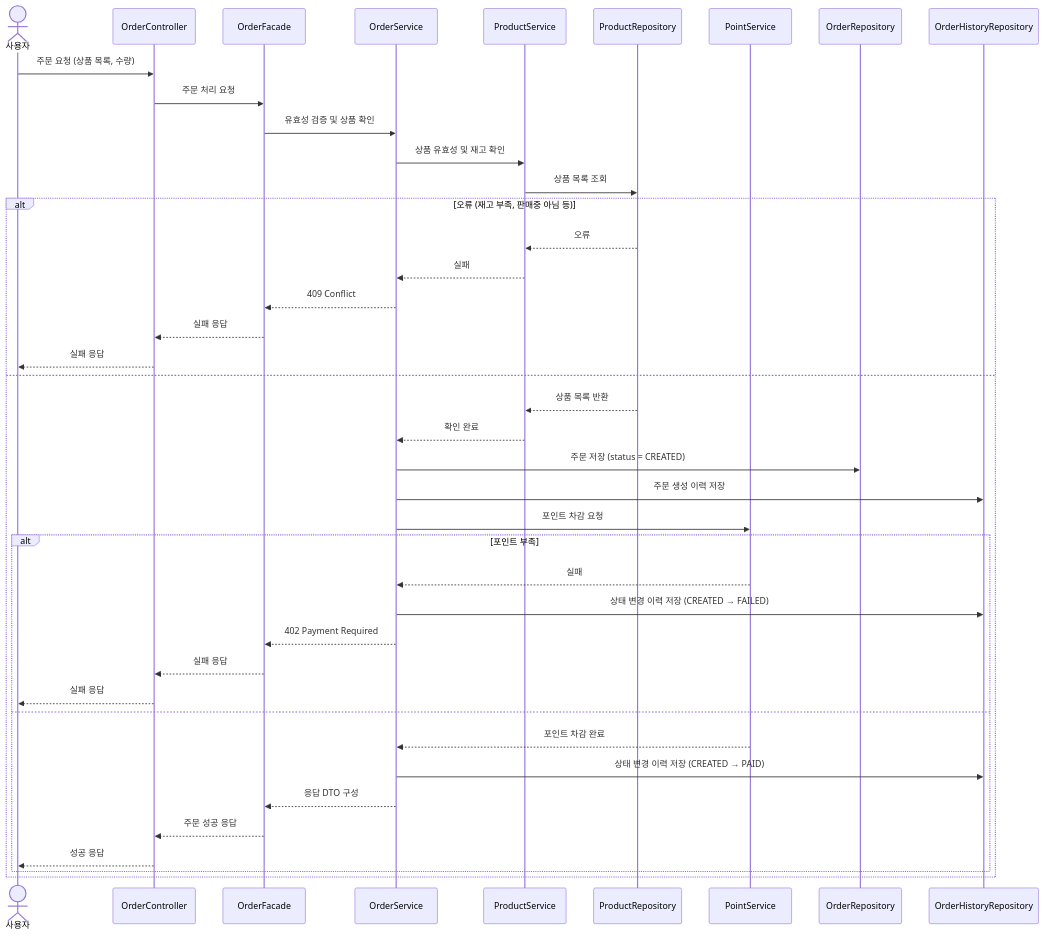
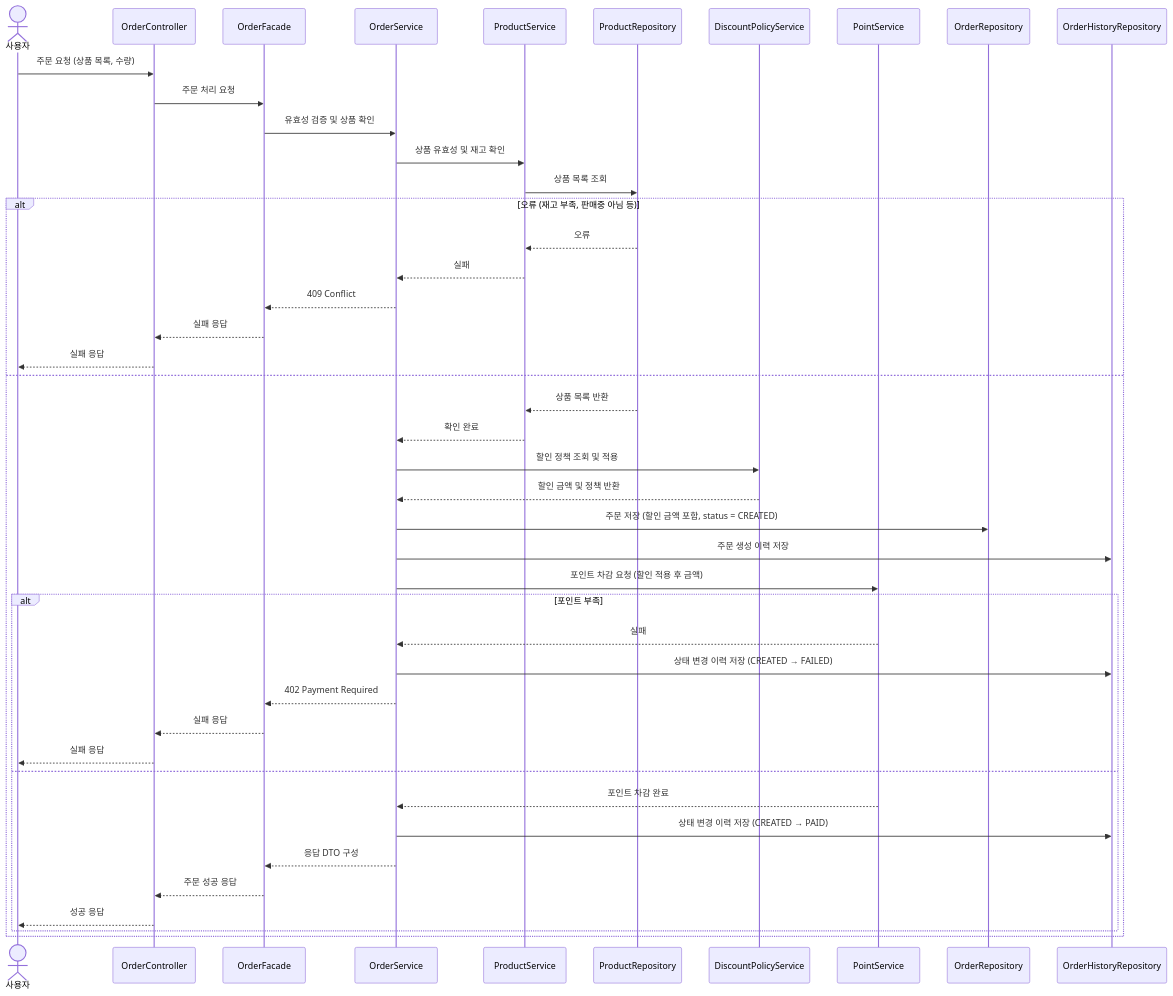
The diagram in .doc/design/02-sequence-diagrams_order.md (xogns4909/loopers_commerce), drawn with Mermaid before and after one commit. The commit also changed 1 other file, not shown here.

Commit message:
refactor: 주문 및 상품 시퀀스 다이어 그램 수정  - 할인 로직 추가

````diff
--- a/.doc/design/02-sequence-diagrams_order.md
+++ b/.doc/design/02-sequence-diagrams_order.md
@@ -3,46 +3,49 @@
 ```mermaid
 sequenceDiagram
     actor U as 사용자
     participant OC as OrderController
     participant OF as OrderFacade
     participant OS as OrderService
     participant PS as ProductService
     participant PR as ProductRepository
+    participant DP as DiscountPolicyService
     participant PT as PointService
     participant OR as OrderRepository
     participant OHR as OrderHistoryRepository
 
     U ->> OC: 주문 요청 (상품 목록, 수량)
     OC ->> OF: 주문 처리 요청
     OF ->> OS: 유효성 검증 및 상품 확인
     OS ->> PS: 상품 유효성 및 재고 확인
     PS ->> PR: 상품 목록 조회
     alt 오류 (재고 부족, 판매중 아님 등)
         PR -->> PS: 오류
         PS -->> OS: 실패
         OS -->> OF: 409 Conflict
         OF -->> OC: 실패 응답
         OC -->> U: 실패 응답
     else
         PR -->> PS: 상품 목록 반환
         PS -->> OS: 확인 완료
-        OS ->> OR: 주문 저장 (status = CREATED)
+        OS ->> DP: 할인 정책 조회 및 적용
+        DP -->> OS: 할인 금액 및 정책 반환
+        OS ->> OR: 주문 저장 (할인 금액 포함, status = CREATED)
         OS ->> OHR: 주문 생성 이력 저장
 
-        OS ->> PT: 포인트 차감 요청
+        OS ->> PT: 포인트 차감 요청 (할인 적용 후 금액)
         alt 포인트 부족
             PT -->> OS: 실패
             OS ->> OHR: 상태 변경 이력 저장 (CREATED → FAILED)
             OS -->> OF: 402 Payment Required
             OF -->> OC: 실패 응답
             OC -->> U: 실패 응답
         else
             PT -->> OS: 포인트 차감 완료
             OS ->> OHR: 상태 변경 이력 저장 (CREATED → PAID)
             OS -->> OF: 응답 DTO 구성
             OF -->> OC: 주문 성공 응답
             OC -->> U: 성공 응답
         end
     end
 
 ```
````
